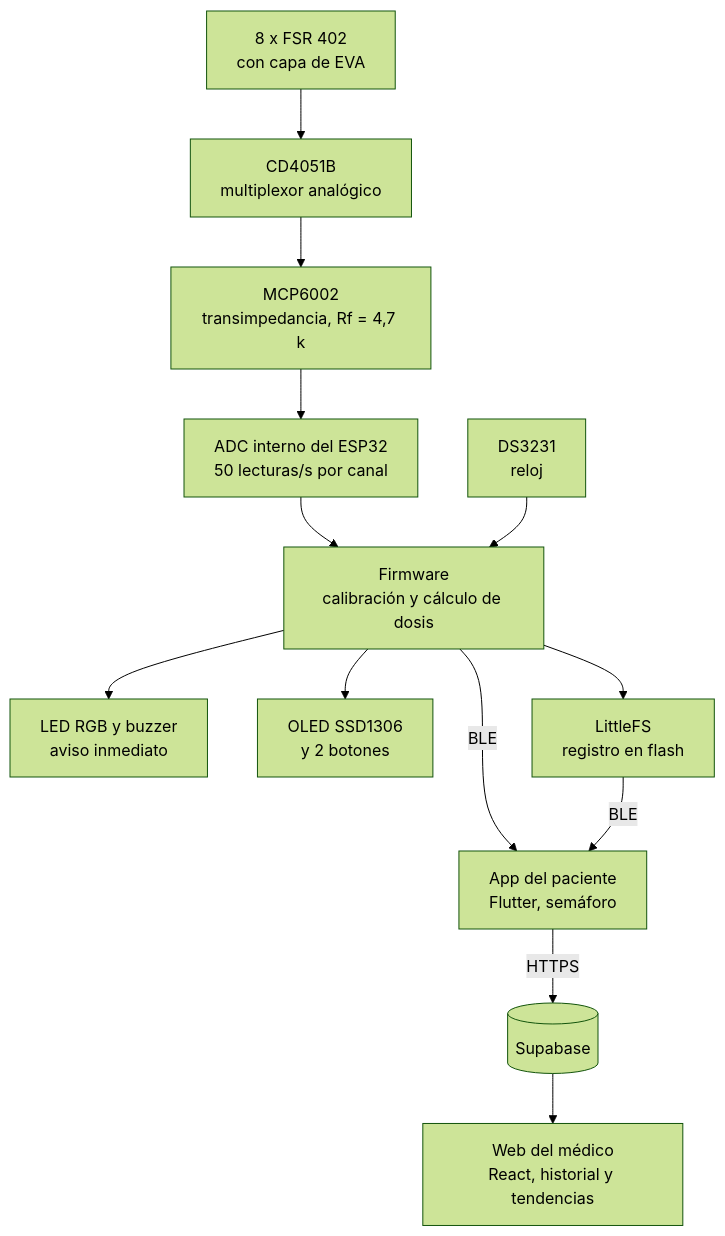
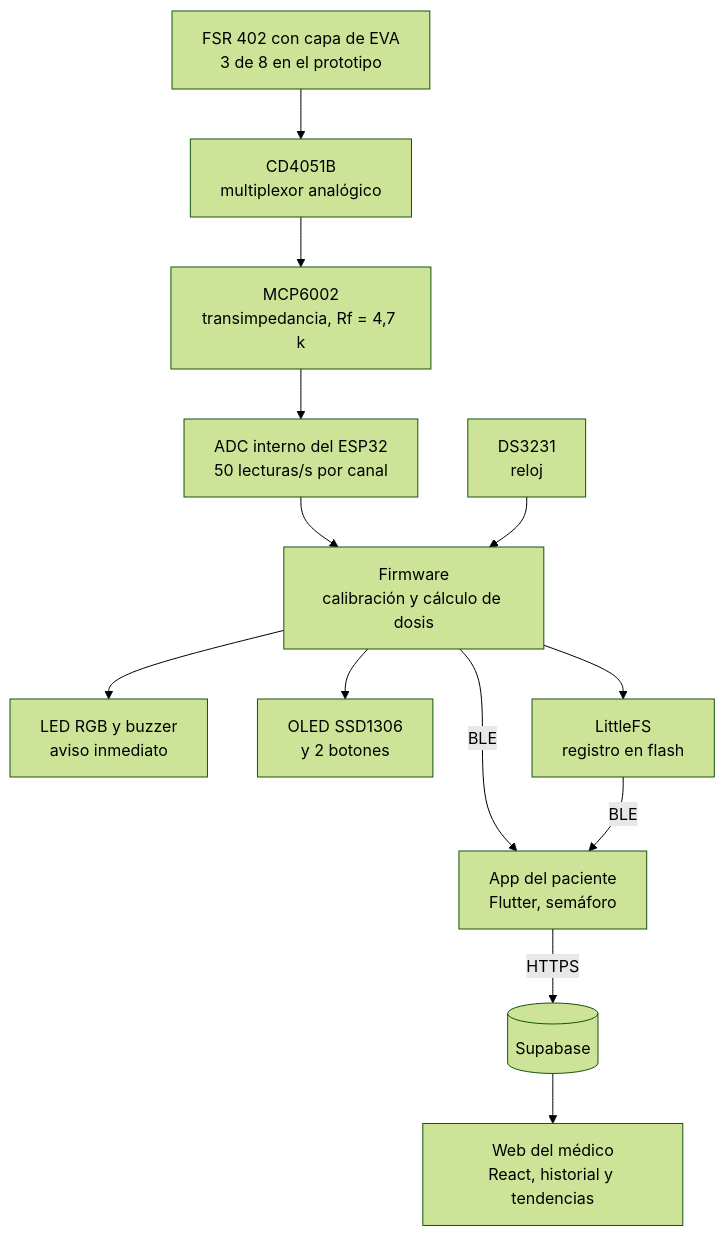
One commit to AsapMicky/LaBotaBotona changed the diagram in README.md. Above: the diagram before and after it, drawn with Mermaid (forest theme). The commit also changed other lines of this file and 14 other files, not shown here.

Commit message:
docs: alinear el repo con el hardware real del prototipo

````diff
--- a/README.md
+++ b/README.md
@@ -24,17 +24,17 @@
 ```mermaid
 flowchart TD
-    FSR["8 x FSR 402<br/>con capa de EVA"] --> MUX["CD4051B<br/>multiplexor analógico"]
+    FSR["FSR 402 con capa de EVA<br/>3 de 8 en el prototipo"] --> MUX["CD4051B<br/>multiplexor analógico"]
     MUX --> AMP["MCP6002<br/>transimpedancia, Rf = 4,7 k"]
     AMP --> ADC["ADC interno del ESP32<br/>50 lecturas/s por canal"]
     ADC --> FW["Firmware<br/>calibración y cálculo de dosis"]
     RTC["DS3231<br/>reloj"] --> FW
 
     FW --> AL["LED RGB y buzzer<br/>aviso inmediato"]
     FW --> OLED["OLED SSD1306<br/>y 2 botones"]
     FW --> FLASH["LittleFS<br/>registro en flash"]
 
     FW -- BLE --> APP["App del paciente<br/>Flutter, semáforo"]
     FLASH -- BLE --> APP
     APP -- HTTPS --> SB[("Supabase")]
     SB --> WEB["Web del médico<br/>React, historial y tendencias"]
 ```
````
